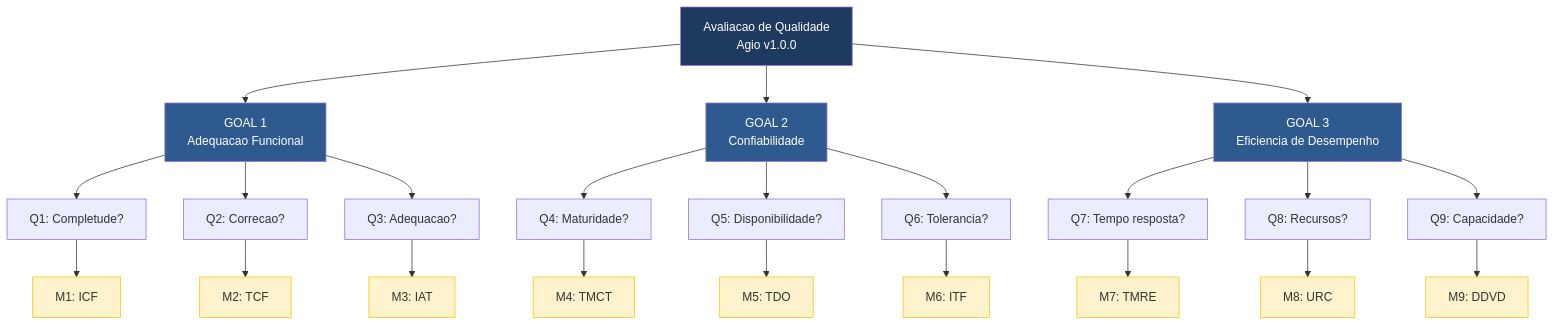
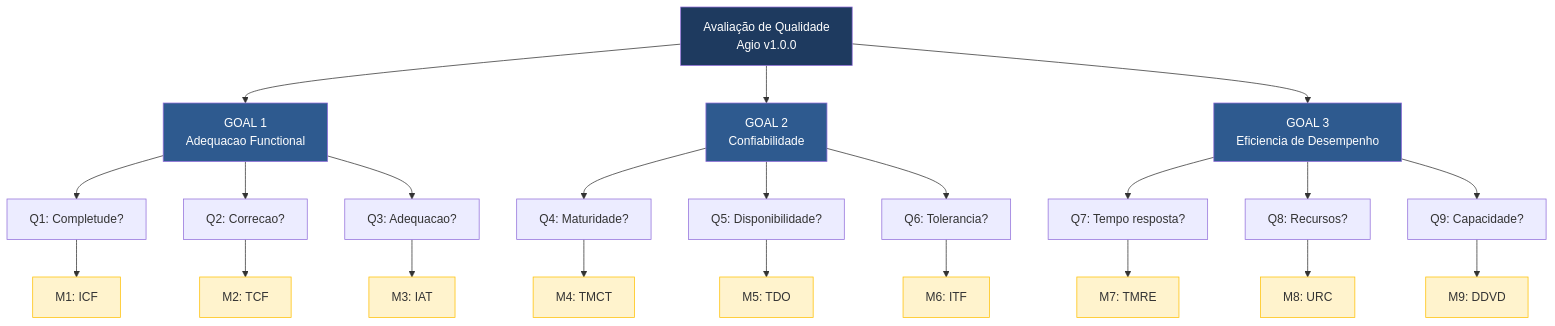
The diagram in docs/fase2/resumo_metricas.md (FCTE-Qualidade-de-Software-1/2026-1_T01_FRANS_BILAS), drawn with Mermaid before and after one commit. The commit also changed other lines of this file and 27 other files, not shown here.

````diff
--- a/docs/fase2/resumo_metricas.md
+++ b/docs/fase2/resumo_metricas.md
@@ -21,43 +21,43 @@
 ```mermaid
 graph TD
-    AGIO["Avaliacao de Qualidade<br>Agio v1.0.0"]
+    AGIO["Avaliação de Qualidade<br>Agio v1.0.0"]
 
-    AGIO --> G1["GOAL 1<br>Adequacao Funcional"]
+    AGIO --> G1["GOAL 1<br>Adequacao Functional"]
     AGIO --> G2["GOAL 2<br>Confiabilidade"]
     AGIO --> G3["GOAL 3<br>Eficiencia de Desempenho"]
 
     G1 --> Q1["Q1: Completude?"]
     G1 --> Q2["Q2: Correcao?"]
     G1 --> Q3["Q3: Adequacao?"]
     Q1 --> M1["M1: ICF"]
     Q2 --> M2["M2: TCF"]
     Q3 --> M3["M3: IAT"]
 
     G2 --> Q4["Q4: Maturidade?"]
     G2 --> Q5["Q5: Disponibilidade?"]
     G2 --> Q6["Q6: Tolerancia?"]
     Q4 --> M4["M4: TMCT"]
     Q5 --> M5["M5: TDO"]
     Q6 --> M6["M6: ITF"]
 
     G3 --> Q7["Q7: Tempo resposta?"]
     G3 --> Q8["Q8: Recursos?"]
     G3 --> Q9["Q9: Capacidade?"]
     Q7 --> M7["M7: TMRE"]
     Q8 --> M8["M8: URC"]
     Q9 --> M9["M9: DDVD"]
 
     style AGIO fill:#1E3A5F,color:#fff
     style G1 fill:#2E5A8F,color:#fff
     style G2 fill:#2E5A8F,color:#fff
     style G3 fill:#2E5A8F,color:#fff
     style M1 fill:#fff3cd,stroke:#ffc107
     style M2 fill:#fff3cd,stroke:#ffc107
     style M3 fill:#fff3cd,stroke:#ffc107
     style M4 fill:#fff3cd,stroke:#ffc107
     style M5 fill:#fff3cd,stroke:#ffc107
     style M6 fill:#fff3cd,stroke:#ffc107
     style M7 fill:#fff3cd,stroke:#ffc107
     style M8 fill:#fff3cd,stroke:#ffc107
     style M9 fill:#fff3cd,stroke:#ffc107
 ```
````
